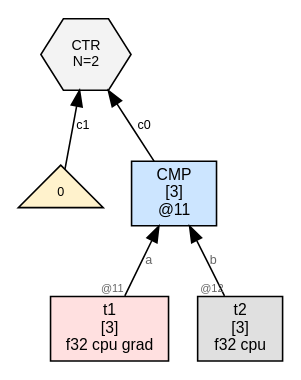
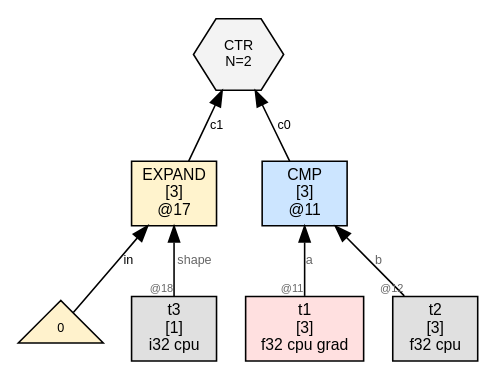
One commit to sw1sh/TinyHVM changed the diagram in wl/examples/thvm_graphs/grad_rules/cmp/thvm_2_post_sweep.dot. Above: the diagram before and after it, drawn with Graphviz. The commit also changed 4 other files, not shown here.

Commit message:
grad: CMP backward emits EXPAND(0, target.shape) for shape-consistent zero

```diff
--- a/wl/examples/thvm_graphs/grad_rules/cmp/thvm_2_post_sweep.dot
+++ b/wl/examples/thvm_graphs/grad_rules/cmp/thvm_2_post_sweep.dot
@@ -1,15 +1,19 @@
 digraph G {
   rankdir=BT;
   node [fontname="Helvetica", fontsize=10, style=filled, shape=box, margin="0.1,0.05"];
   edge [fontsize=8, fontname="Helvetica"];
 
   n11 [label="CMP\n[3]\n@11", shape=box, fillcolor="#cce5ff"];
   t1 [label="t1\n[3]\nf32 cpu grad",shape=box,fillcolor="#ffe0e0"];
   t1 -> n11 [label="a",taillabel="@11",labelfontsize=7,fontcolor="#666666"];
   t2 [label="t2\n[3]\nf32 cpu",shape=box,fillcolor="#e0e0e0"];
   t2 -> n11 [label="b",taillabel="@12",labelfontsize=7,fontcolor="#666666"];
+  n17 [label="EXPAND\n[3]\n@17", shape=box, fillcolor="#fff3cd"];
+  num17_0 [label="0",shape=triangle,fillcolor="#fff2cc",fontsize=8];
+  num17_0 -> n17 [label="in"];
+  t3 [label="t3\n[1]\ni32 cpu",shape=box,fillcolor="#e0e0e0"];
+  t3 -> n17 [label="shape",taillabel="@18",labelfontsize=7,fontcolor="#666666"];
   ctr6 [label="CTR\nN=2", shape=hexagon, fillcolor="#f3f3f3", fontsize=9];
   n11 -> ctr6 [label="c0"];
-  num_ctr6_7 [label="0",shape=triangle,fillcolor="#fff2cc",fontsize=8];
-  num_ctr6_7 -> ctr6 [label="c1"];
+  n17 -> ctr6 [label="c1"];
 }
```
